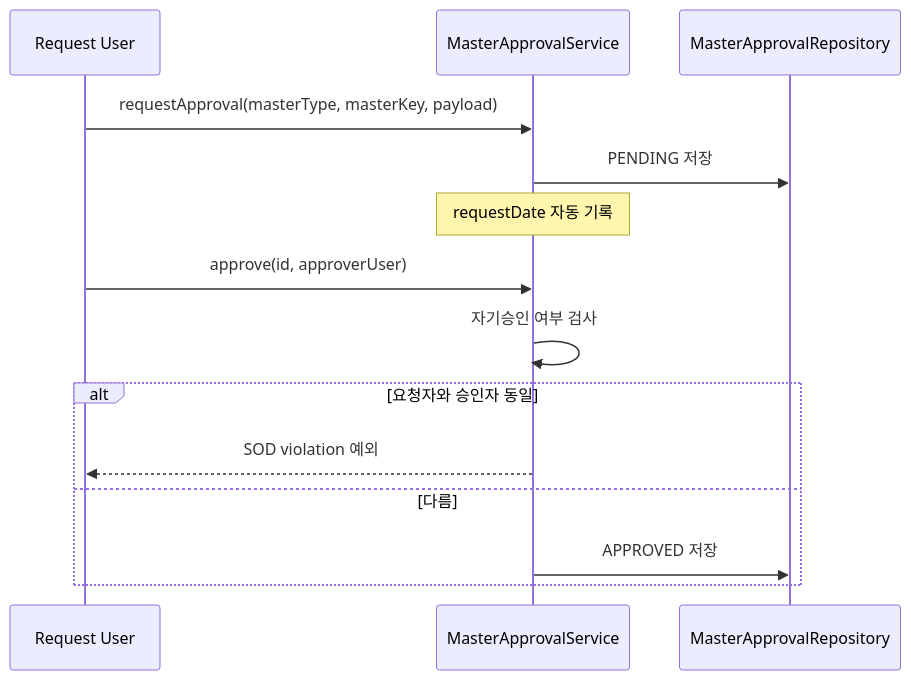
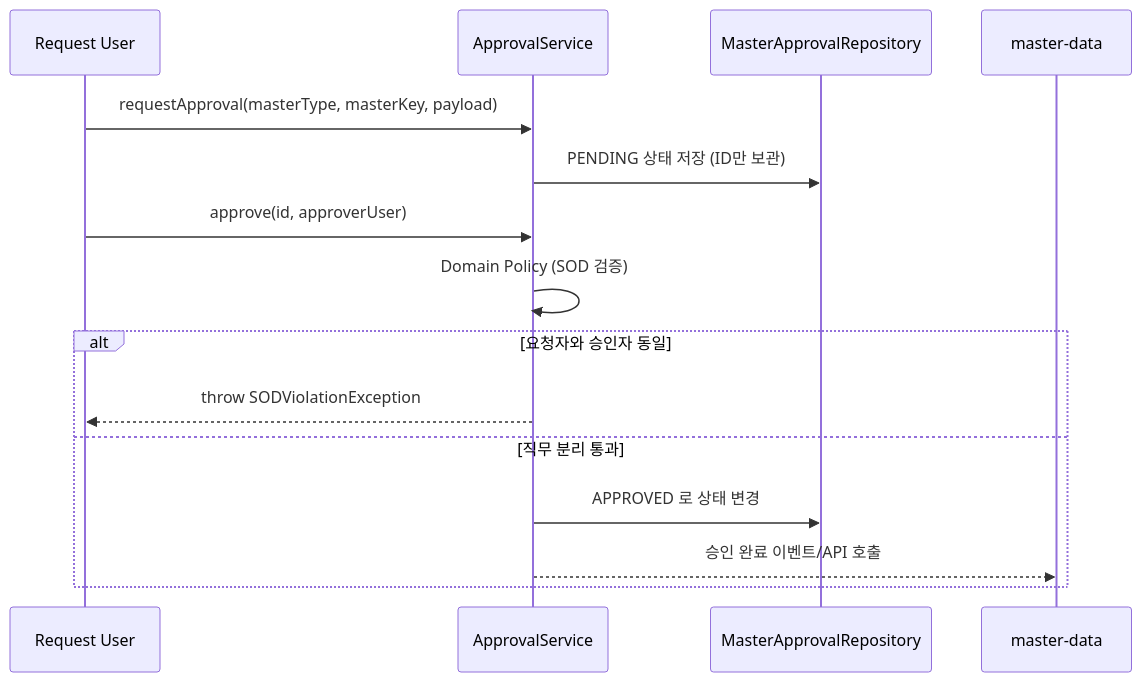
Before and after one commit to skyg547/account: the third of 3 diagrams in governance/docs/process-flow.md, drawn with Mermaid. The commit also changed other lines of this file and 94 other files, not shown here.

````diff
--- a/governance/docs/process-flow.md
+++ b/governance/docs/process-flow.md
@@ -71,18 +50,18 @@
 ```mermaid
 sequenceDiagram
     participant User as Request User
-    participant Approval as MasterApprovalService
+    participant Approval as ApprovalService
     participant Repo as MasterApprovalRepository
 
     User->>Approval: requestApproval(masterType, masterKey, payload)
-    Approval->>Repo: PENDING 저장
-    Note over Approval: requestDate 자동 기록
+    Approval->>Repo: PENDING 상태 저장 (ID만 보관)
 
     User->>Approval: approve(id, approverUser)
-    Approval->>Approval: 자기승인 여부 검사
+    Approval->>Approval: Domain Policy (SOD 검증)
     alt 요청자와 승인자 동일
-        Approval-->>User: SOD violation 예외
-    else 다름
-        Approval->>Repo: APPROVED 저장
+        Approval-->>User: throw SODViolationException
+    else 직무 분리 통과
+        Approval->>Repo: APPROVED 로 상태 변경
+        Approval-->>master-data: 승인 완료 이벤트/API 호출
     end
 ```
````
